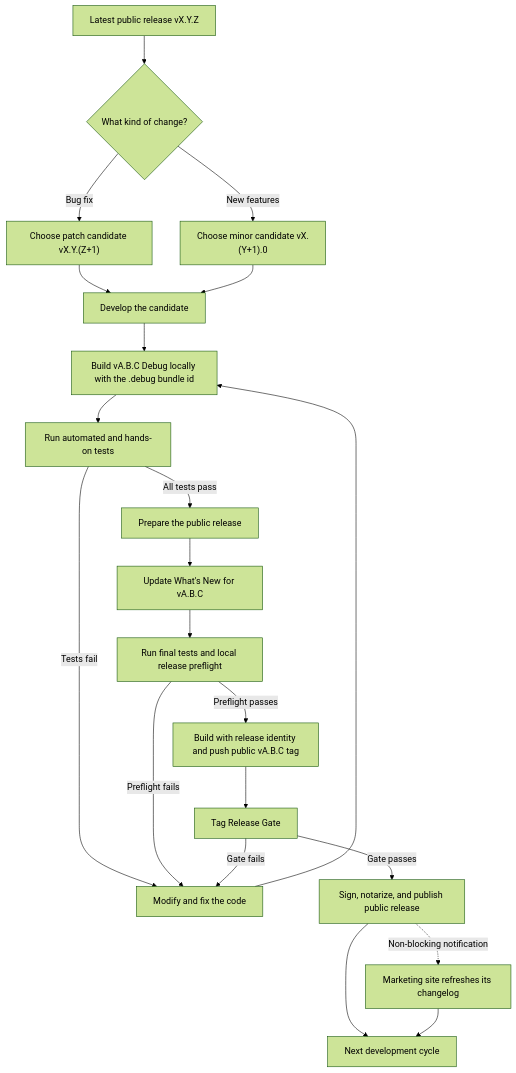
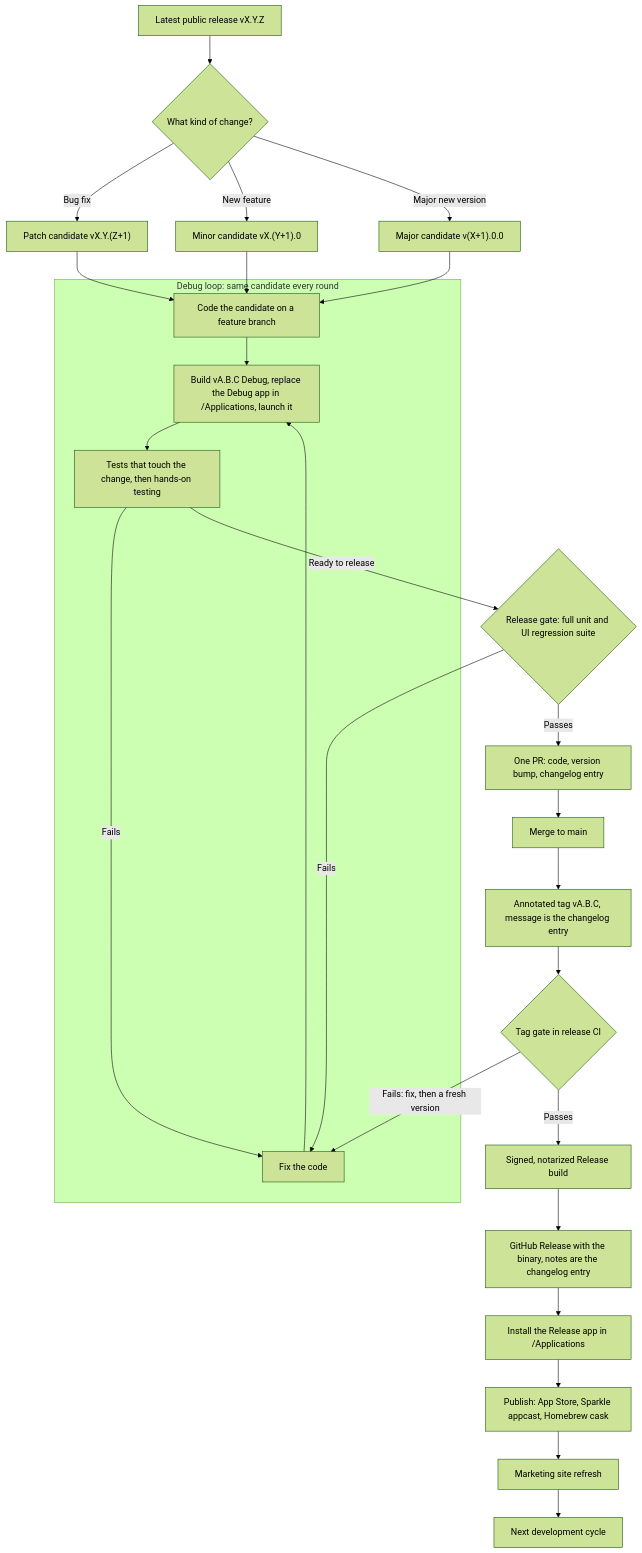
Before and after one commit to teddychan/dragon-kit: the diagram in docs/MAC-APP-RELEASE-LIFECYCLE.md, drawn with Mermaid (forest theme). The commit also changed other lines of this file, not shown here.

First line of the commit message:
docs(lifecycle): split release from publish and the marketing site

````diff
--- a/docs/MAC-APP-RELEASE-LIFECYCLE.md
+++ b/docs/MAC-APP-RELEASE-LIFECYCLE.md
@@ -68,26 +76,31 @@
 ```mermaid
 flowchart TD
     L["Latest public release vX.Y.Z"] --> K{"What kind of change?"}
-    K -->|Bug fix| PC["Choose patch candidate vX.Y.(Z+1)"]
-    K -->|New features| MC["Choose minor candidate vX.(Y+1).0"]
-    PC --> C["Develop the candidate"]
+    K -->|Bug fix| PC["Patch candidate vX.Y.(Z+1)"]
+    K -->|New feature| MC["Minor candidate vX.(Y+1).0"]
+    K -->|Major new version| XC["Major candidate v(X+1).0.0"]
+    PC --> C["Code the candidate on a feature branch"]
     MC --> C
-    C --> B["Build vA.B.C Debug locally with the .debug bundle id"]
-    B --> T["Run automated and hands-on tests"]
+    XC --> C
 
-    T -->|Tests fail| F["Modify and fix the code"]
-    F --> B
+    subgraph DEBUG ["Debug loop: same candidate every round"]
+        C --> B["Build vA.B.C Debug, replace the Debug app in /Applications, launch it"]
+        B --> T["Tests that touch the change, then hands-on testing"]
+        T -->|Fails| F["Fix the code"]
+        F --> B
+    end
 
-    T -->|All tests pass| RP["Prepare the public release"]
-    RP --> N["Update What's New for vA.B.C"]
-    N --> Q["Run final tests and local release preflight"]
-    Q -->|Preflight fails| F
-    Q -->|Preflight passes| G["Build with release identity and push public vA.B.C tag"]
-    G --> V["Tag Release Gate"]
-
-    V -->|Gate fails| F
-    V -->|Gate passes| R["Sign, notarize, and publish public release"]
-    R -. "Non-blocking notification" .-> W["Marketing site refreshes its changelog"]
-    R --> L2["Next development cycle"]
-    W --> L2
+    T -->|Ready to release| G{"Release gate: full unit and UI regression suite"}
+    G -->|Fails| F
+    G -->|Passes| PR["One PR: code, version bump, changelog entry"]
+    PR --> M["Merge to main"]
+    M --> TAG["Annotated tag vA.B.C, message is the changelog entry"]
+    TAG --> TG{"Tag gate in release CI"}
+    TG -->|Fails: fix, then a fresh version| F
+    TG -->|Passes| R["Signed, notarized Release build"]
+    R --> GR["GitHub Release with the binary, notes are the changelog entry"]
+    GR --> I["Install the Release app in /Applications"]
+    I --> P["Publish: App Store, Sparkle appcast, Homebrew cask"]
+    P --> W["Marketing site refresh"]
+    W --> L2["Next development cycle"]
 ```
````
